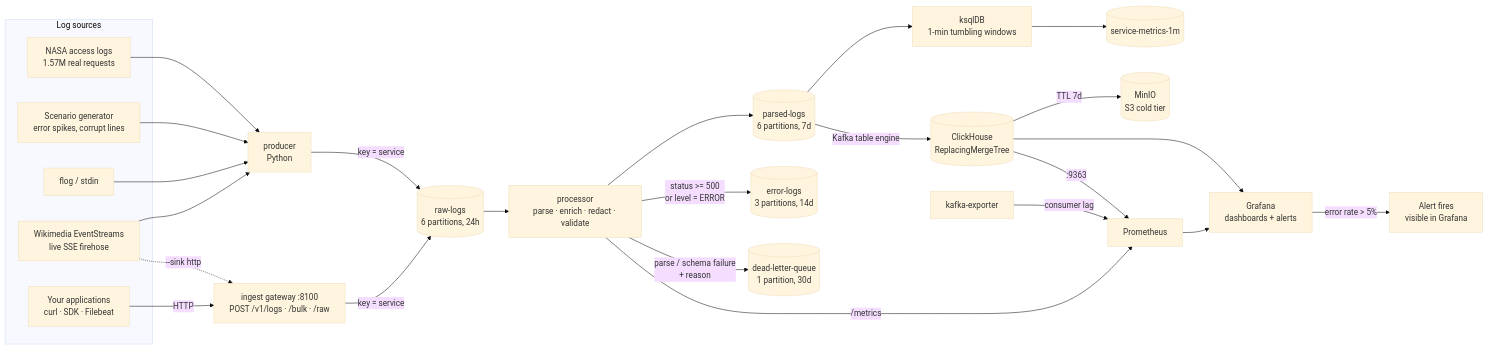
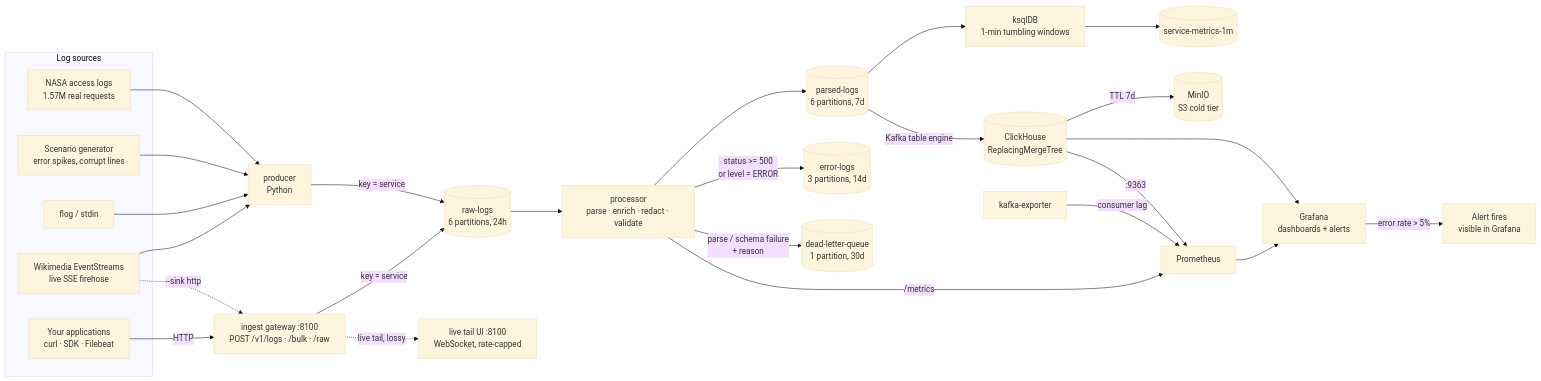
The diagram in README.md (DhruvSharma-05/log-process-kafka), drawn with Mermaid (base theme) before and after one commit. The commit also changed other lines of this file and 9 other files, not shown here.

````diff
--- a/README.md
+++ b/README.md
@@ -25,47 +25,49 @@
 ```mermaid
 flowchart LR
     subgraph sources[Log sources]
         NASA[NASA access logs<br/>1.57M real requests]
         SCEN[Scenario generator<br/>error spikes, corrupt lines]
         FLOG[flog / stdin]
         WIKI[Wikimedia EventStreams<br/>live SSE firehose]
         APPS[Your applications<br/>curl · SDK · Filebeat]
     end
 
     GATE[ingest gateway :8100<br/>POST /v1/logs · /bulk · /raw]
+    UI[live tail UI :8100<br/>WebSocket, rate-capped]
     PROD[producer<br/>Python]
     RAW[(raw-logs<br/>6 partitions, 24h)]
     PROC[processor<br/>parse · enrich · redact · validate]
     PARSED[(parsed-logs<br/>6 partitions, 7d)]
     ERR[(error-logs<br/>3 partitions, 14d)]
     DLQ[(dead-letter-queue<br/>1 partition, 30d)]
     KSQL[ksqlDB<br/>1-min tumbling windows]
     AGG[(service-metrics-1m)]
     CH[(ClickHouse<br/>ReplacingMergeTree)]
     MINIO[(MinIO<br/>S3 cold tier)]
     GRAF[Grafana<br/>dashboards + alerts]
     PROM[Prometheus]
     KEXP[kafka-exporter]
 
     NASA --> PROD
     SCEN --> PROD
     FLOG --> PROD
     APPS -->|HTTP| GATE
     WIKI --> PROD
     WIKI -.->|--sink http| GATE
     GATE -->|key = service| RAW
+    GATE -.->|live tail, lossy| UI
     PROD -->|key = service| RAW
     RAW --> PROC
     PROC --> PARSED
     PROC -->|status >= 500<br/>or level = ERROR| ERR
     PROC -->|parse / schema failure<br/>+ reason| DLQ
     PARSED --> KSQL --> AGG
     PARSED -->|Kafka table engine| CH
     CH -->|TTL 7d| MINIO
     CH --> GRAF
     KEXP -->|consumer lag| PROM
     PROC -->|/metrics| PROM
     CH -->|:9363| PROM
     PROM --> GRAF
     GRAF -->|error rate > 5%| ALERT[Alert fires<br/>visible in Grafana]
 ```
````
